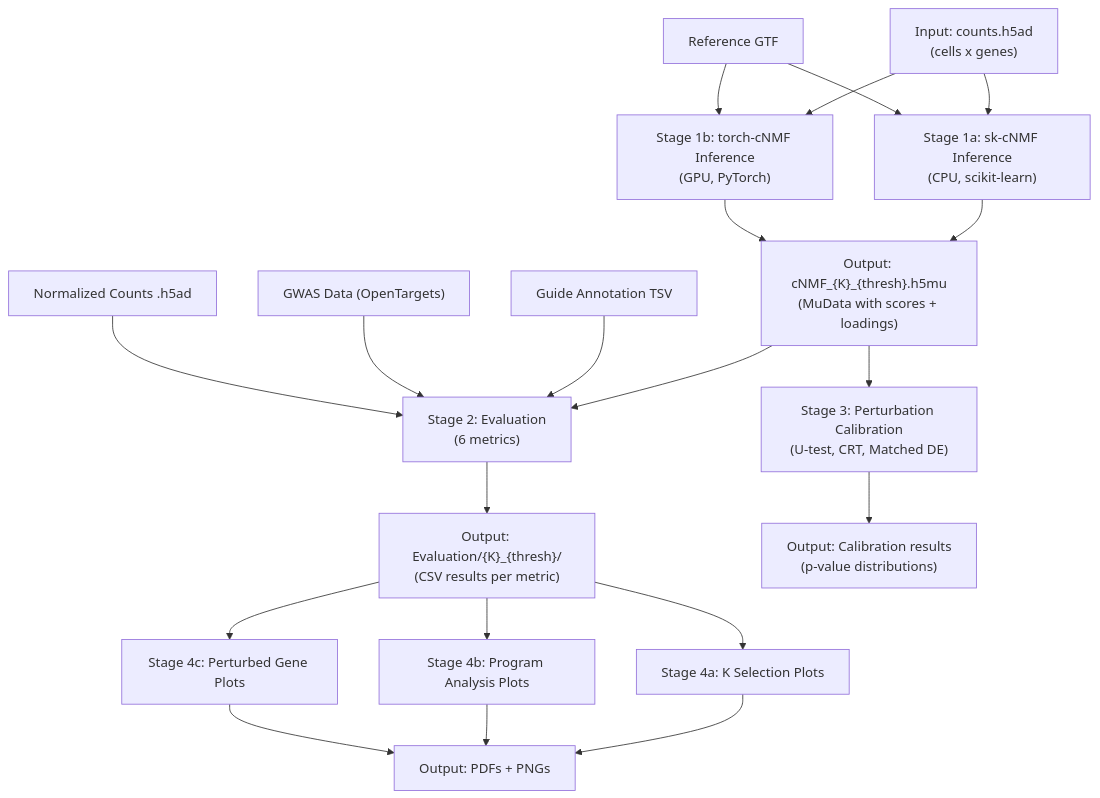
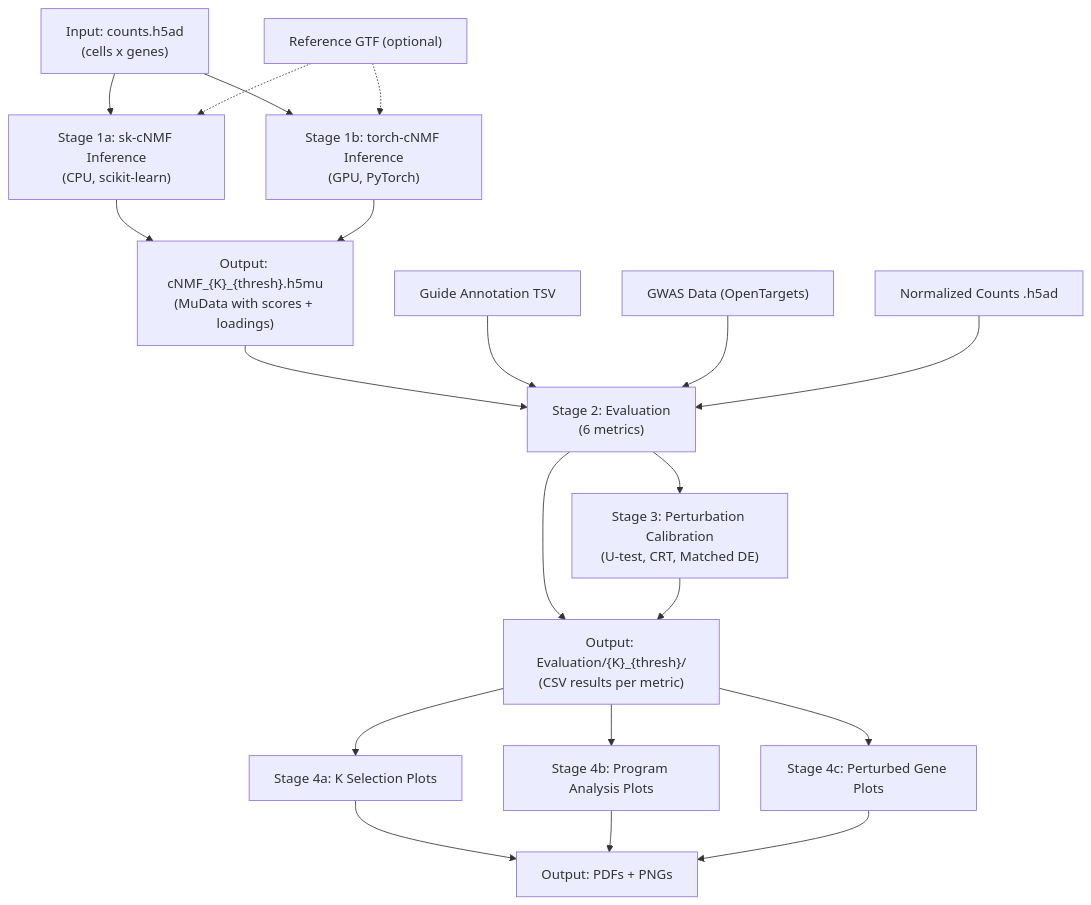
Before and after one commit to EngreitzLab/PerturbNMF: the diagram in CLAUDE.md, drawn with Mermaid. The commit also changed 1 other file, not shown here.

Commit message:
Update flowchart: GTF optional, calibration flows from evaluation

````diff
--- a/CLAUDE.md
+++ b/CLAUDE.md
@@ -9,22 +9,22 @@
 ```mermaid
 flowchart TD
     A["Input: counts.h5ad\n(cells x genes)"] --> B["Stage 1a: sk-cNMF Inference\n(CPU, scikit-learn)"]
     A --> C["Stage 1b: torch-cNMF Inference\n(GPU, PyTorch)"]
     B --> D["Output: cNMF_{K}_{thresh}.h5mu\n(MuData with scores + loadings)"]
     C --> D
     D --> E["Stage 2: Evaluation\n(6 metrics)"]
     E --> F["Output: Evaluation/{K}_{thresh}/\n(CSV results per metric)"]
-    D --> G["Stage 3: Perturbation Calibration\n(U-test, CRT, Matched DE)"]
-    G --> H["Output: Calibration results\n(p-value distributions)"]
+    E --> G["Stage 3: Perturbation Calibration\n(U-test, CRT, Matched DE)"]
+    G --> F
     F --> I["Stage 4a: K Selection Plots"]
     F --> J["Stage 4b: Program Analysis Plots"]
     F --> K["Stage 4c: Perturbed Gene Plots"]
     I --> L["Output: PDFs + PNGs"]
     J --> L
     K --> L
     M["Guide Annotation TSV"] --> E
     N["GWAS Data (OpenTargets)"] --> E
     O["Normalized Counts .h5ad"] --> E
-    P["Reference GTF"] --> B
-    P --> C
+    P["Reference GTF (optional)"] -.-> B
+    P -.-> C
 ```
````
